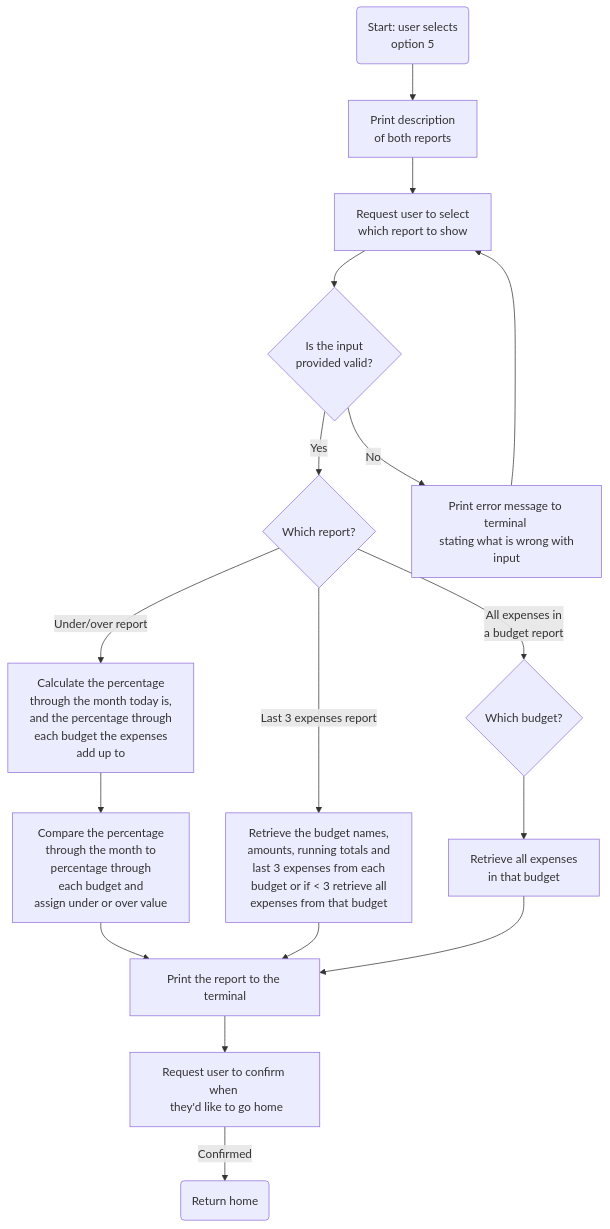
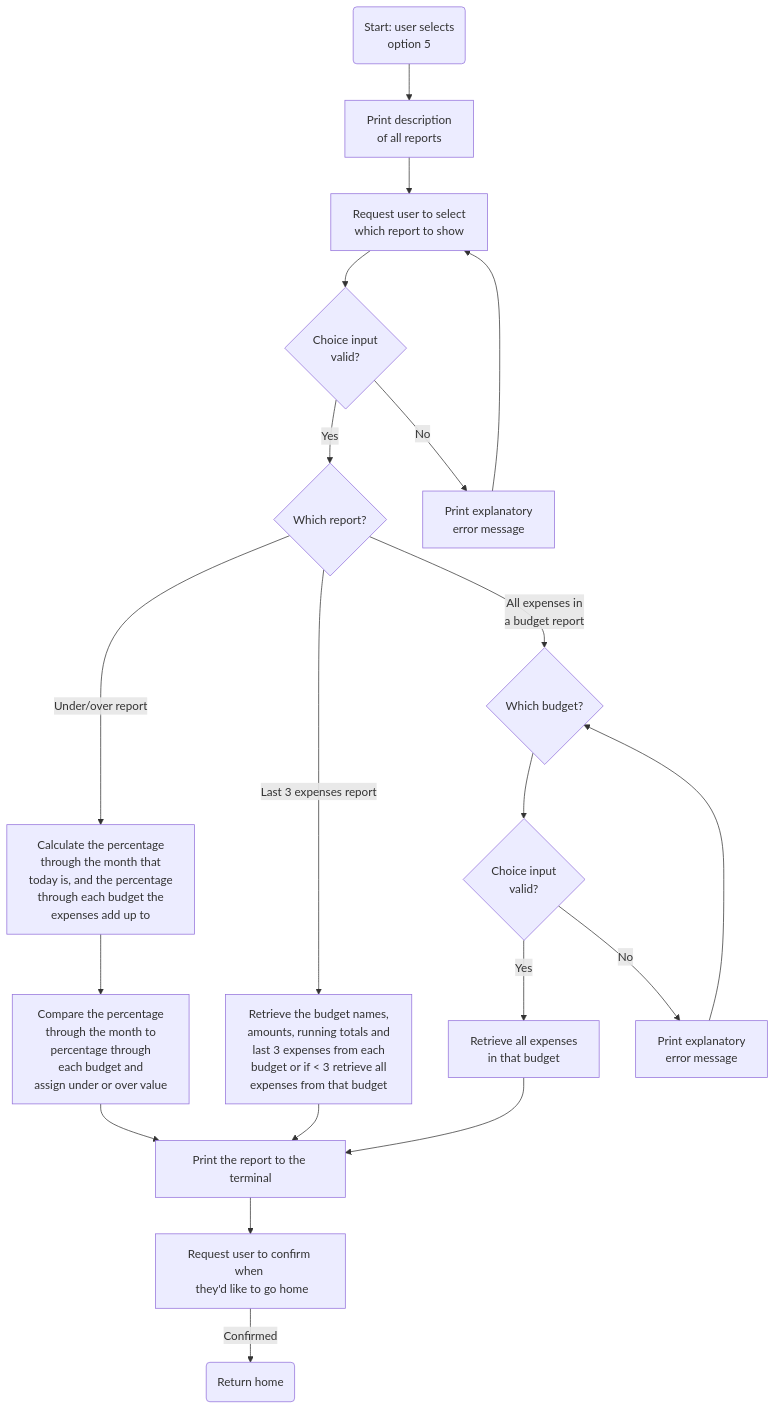
Before and after one commit to EvitaKnits/Cashflow-Companion: the eighth of 8 diagrams in README.md, drawn with Mermaid. The commit also changed other lines of this file and 1 other file, not shown here.

````diff
--- a/README.md
+++ b/README.md
@@ -286,19 +350,22 @@
 ```mermaid
 flowchart TD
-    A(Start: user selects \n option 5) --> B[Print description \n of both reports]
-    B-->C[Request user to select \n which report to show]
-    C --> D{Is the input \n provided valid?}
+    A(Start: user selects \n option 5) --> B[Print description \n of all reports]
+    B --> C[Request user to select \n which report to show]
+    C --> D{Choice input\n valid?}
     D -->|Yes| E{Which report?}
-    D -->|No| F[Print error message to terminal \n stating what is wrong with input]
-    F -->C
-    E --> |Under/over report|G[Calculate the percentage \n through the month today is, \n and the percentage through \n each budget the expenses \n add up to]
+    D -->|No| F[Print explanatory\n error message]
+    F --> C
+    E --> |Under/over report|G[Calculate the percentage \n through the month that \n today is, and the percentage  \n through each budget the  \n expenses add up to]
     G --> H[Compare the percentage \n through the month to \n percentage through \n each budget and \n assign under or over value]
     H --> I[Print the report to the terminal]
     I --> J[Request user to confirm when \n they'd like to go home]
     J --> |Confirmed| K(Return home)
     E --> |Last 3 expenses report| L[Retrieve the budget names, \n amounts, running totals and \n last 3 expenses from each \n budget or if < 3 retrieve all \n expenses from that budget]
     L --> I
     E --> |All expenses in \n a budget report| N{Which budget?}
-    N --> O[Retrieve all expenses \n in that budget]
-    O --> I
+    N --> O{Choice input\n valid?}
+    O -->|Yes|P[Retrieve all expenses \n in that budget]
+    O -->|No|Q[Print explanatory\n error message]
+    Q -->N
+    P -->I
 ```
````
